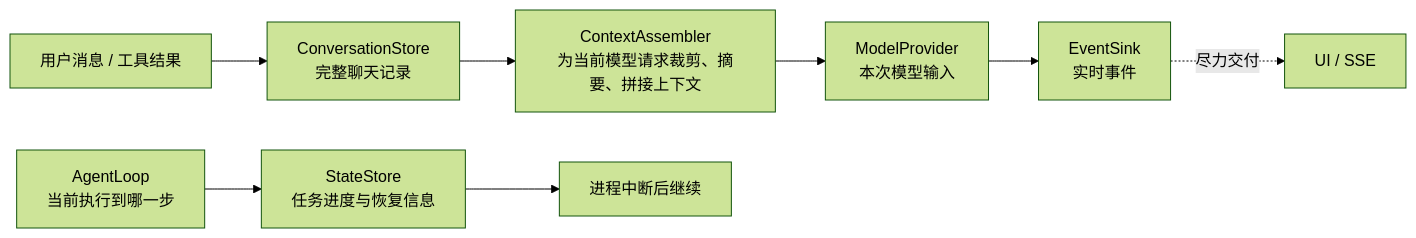
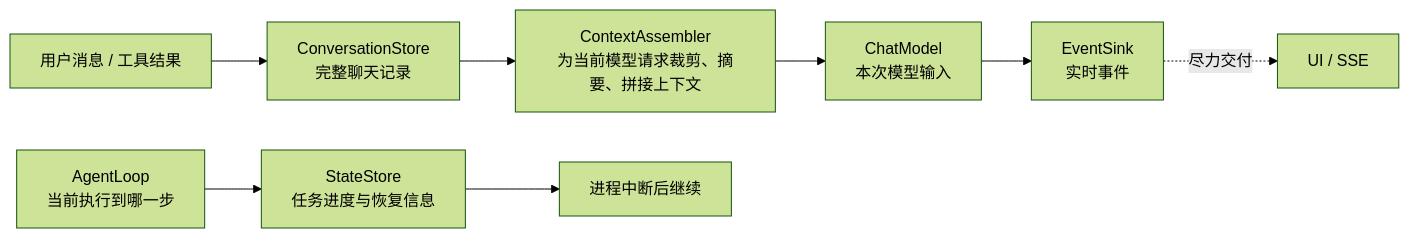
The fourth of 5 diagrams in docs/architecture.md (Penglai-Link/eliteforge-agent-framework), drawn with Mermaid (forest theme) before and after one commit. The commit also changed other lines of this file and 251 other files, not shown here.

````diff
--- a/docs/architecture.md
+++ b/docs/architecture.md
@@ -258,13 +260,13 @@
 ```mermaid
 flowchart LR
     Input[用户消息 / 工具结果]
     Input --> Conversation[ConversationStore\n完整聊天记录]
     Conversation --> Context[ContextAssembler\n为当前模型请求裁剪、摘要、拼接上下文]
-    Context --> Model[ModelProvider\n本次模型输入]
+    Context --> Model[ChatModel\n本次模型输入]
 
     Loop[AgentLoop\n当前执行到哪一步] --> State[StateStore\n任务进度与恢复信息]
     State --> Resume[进程中断后继续]
 
     Model --> Live[EventSink\n实时事件]
     Live -.尽力交付.-> UI[UI / SSE]
 ```
````
